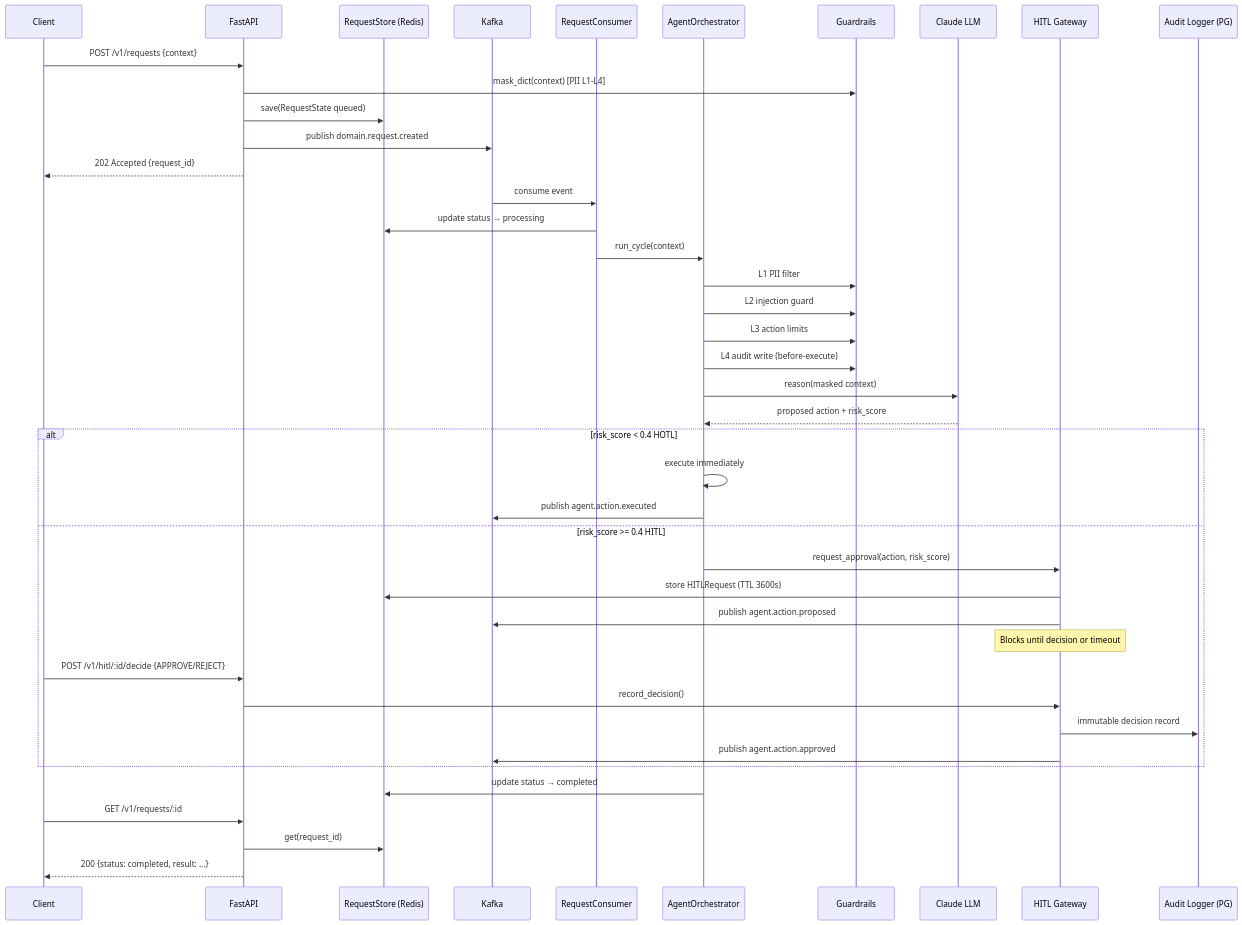
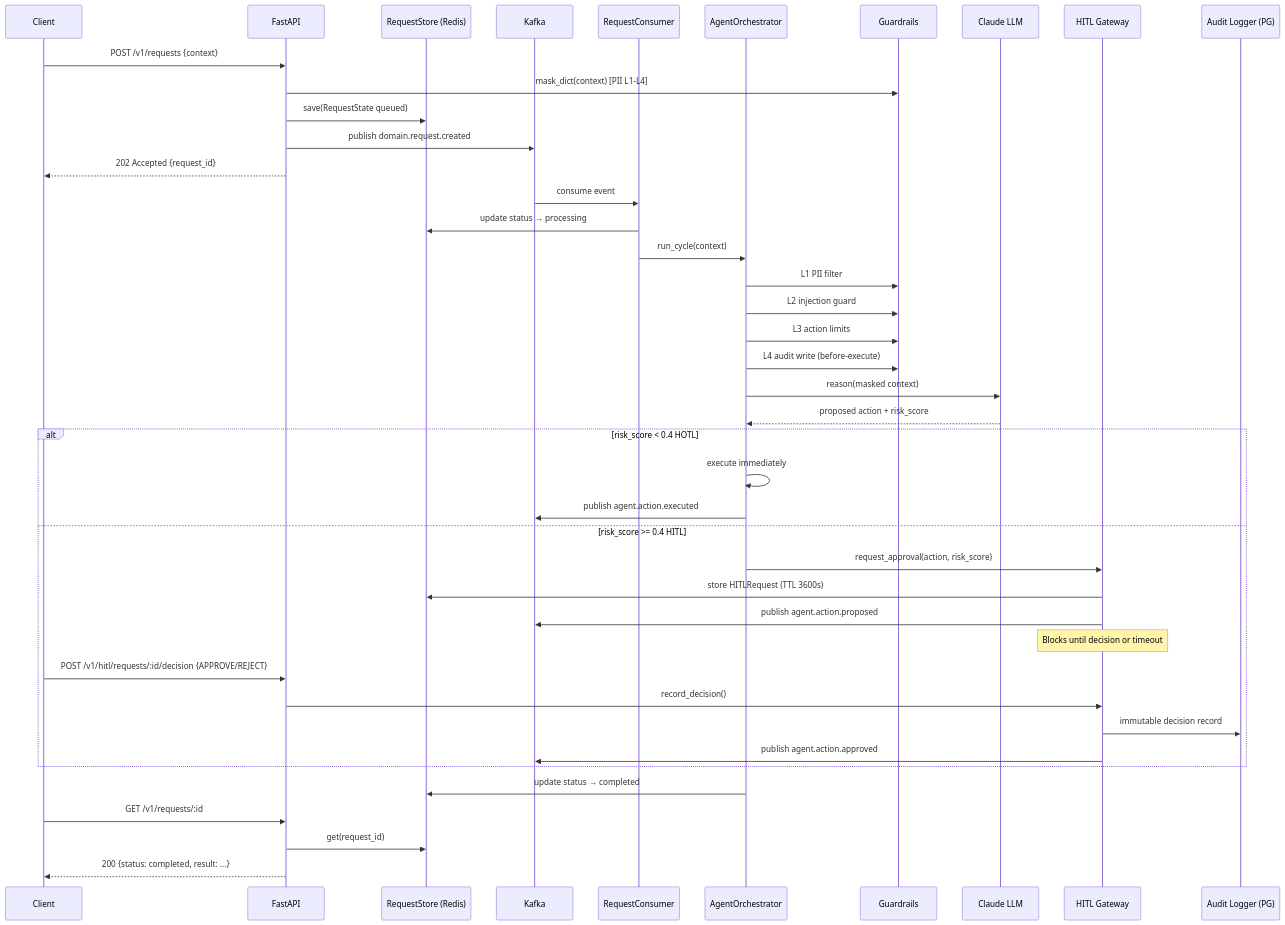
One commit to valdomirosouza/Spec-Agentic-SDLC changed the second of 2 diagrams in docs/architecture.md. Above: the diagram before and after it, drawn with Mermaid. The commit also changed other lines of this file and 10 other files, not shown here.

First line of the commit message:
fix(docs): the HITL decision endpoint matches the OpenAPI contract everywhere (#194)

````diff
--- a/docs/architecture.md
+++ b/docs/architecture.md
@@ -94,49 +94,49 @@
 ```mermaid
 sequenceDiagram
     participant C as Client
     participant API as FastAPI
     participant Store as RequestStore (Redis)
     participant Broker as Kafka
     participant Worker as RequestConsumer
     participant Orch as AgentOrchestrator
     participant Guard as Guardrails
     participant LLM as Claude LLM
     participant HITL as HITL Gateway
     participant Audit as Audit Logger (PG)
 
     C->>API: POST /v1/requests {context}
     API->>Guard: mask_dict(context) [PII L1-L4]
     API->>Store: save(RequestState queued)
     API->>Broker: publish domain.request.created
     API-->>C: 202 Accepted {request_id}
 
     Broker->>Worker: consume event
     Worker->>Store: update status → processing
     Worker->>Orch: run_cycle(context)
 
     Orch->>Guard: L1 PII filter
     Orch->>Guard: L2 injection guard
     Orch->>Guard: L3 action limits
     Orch->>Guard: L4 audit write (before-execute)
     Orch->>LLM: reason(masked context)
     LLM-->>Orch: proposed action + risk_score
 
     alt risk_score < 0.4 HOTL
         Orch->>Orch: execute immediately
         Orch->>Broker: publish agent.action.executed
     else risk_score >= 0.4 HITL
         Orch->>HITL: request_approval(action, risk_score)
         HITL->>Store: store HITLRequest (TTL 3600s)
         HITL->>Broker: publish agent.action.proposed
         Note over HITL: Blocks until decision or timeout
-        C->>API: POST /v1/hitl/:id/decide {APPROVE/REJECT}
+        C->>API: POST /v1/hitl/requests/:id/decision {APPROVE/REJECT}
         API->>HITL: record_decision()
         HITL->>Audit: immutable decision record
         HITL->>Broker: publish agent.action.approved
     end
 
     Orch->>Store: update status → completed
     C->>API: GET /v1/requests/:id
     API->>Store: get(request_id)
     API-->>C: 200 {status: completed, result: ...}
 ```
````
